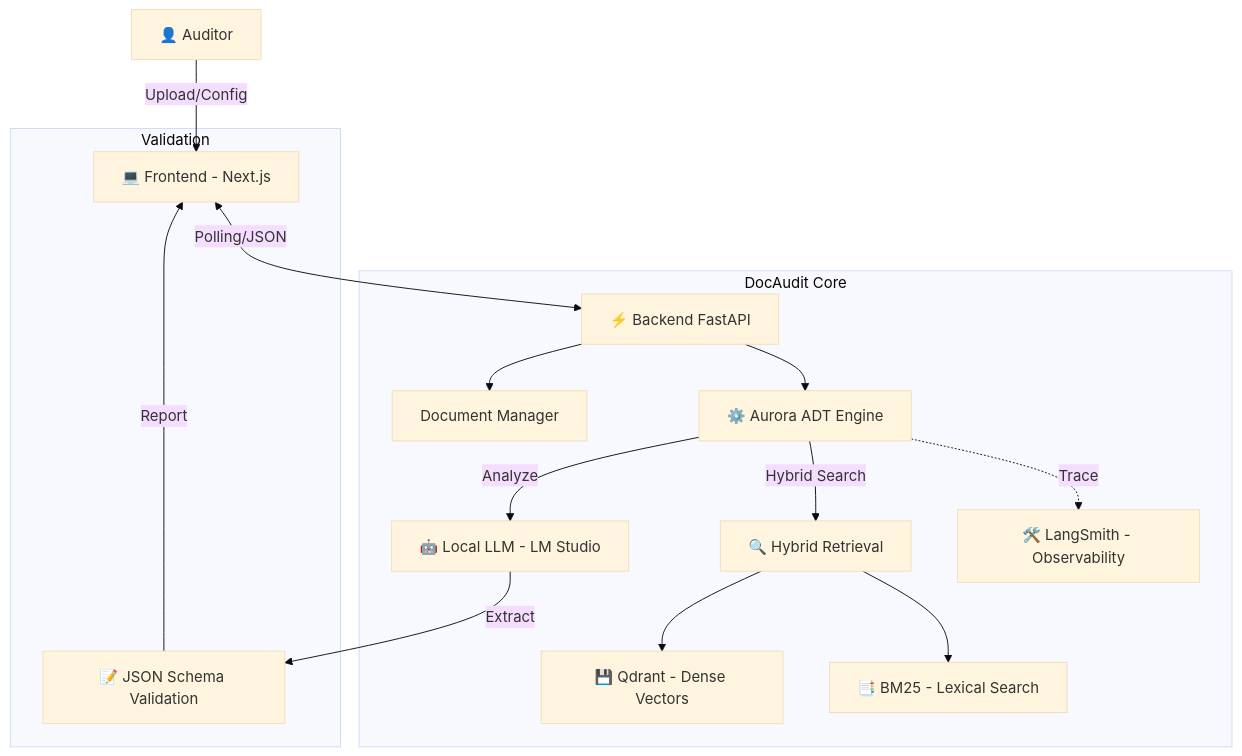
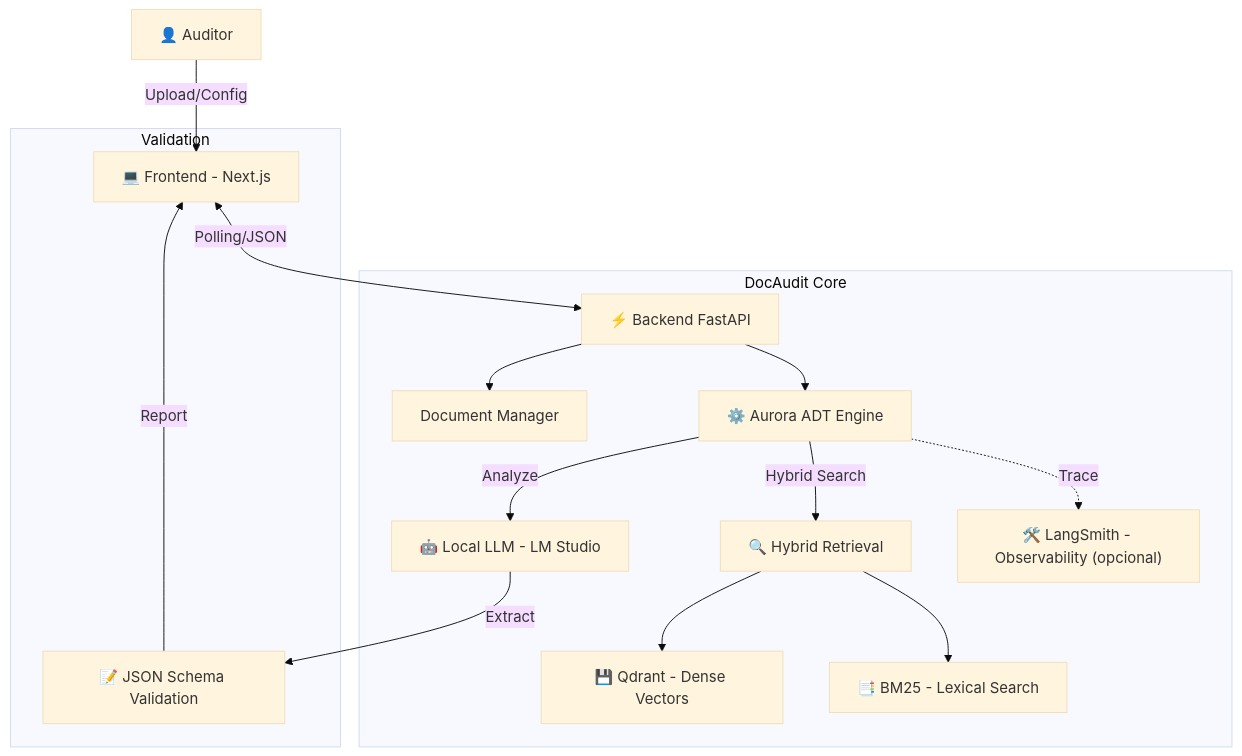
Before and after one commit to ThiagoHenriqueDuarteNeves/docaudit-engine: the diagram in README.md, drawn with Mermaid (base theme). The commit also changed other lines of this file and 4 other files, not shown here.

Commit message:
docs: update README mermaid and stack; save frontend wip

````diff
--- a/README.md
+++ b/README.md
@@ -20,20 +20,20 @@
 ```mermaid
 graph TD
     User["👤 Auditor"] -->|Upload/Config| UI["💻 Frontend - Next.js"]
     UI <-->|Polling/JSON| API["⚡ Backend FastAPI"]
     
-    subgraph DocAudit_Core["DocAudit Core"]
+    subgraph DocAudit_Core [DocAudit Core]
         API --> Manager["Document Manager"]
         API --> ADT["⚙️ Aurora ADT Engine"]
         ADT -->|Hybrid Search| Retrieval["🔍 Hybrid Retrieval"]
         Retrieval --> Qdrant["💾 Qdrant - Dense Vectors"]
         Retrieval --> BM25["📑 BM25 - Lexical Search"]
         ADT -->|Analyze| LLM["🤖 Local LLM - LM Studio"]
-        ADT -.->|Trace| LangSmith["🛠️ LangSmith - Observability"]
+        ADT -.->|Trace| LangSmith["🛠️ LangSmith - Observability (opcional)"]
     end
     
     subgraph Validation
         LLM -->|Extract| Schema["📝 JSON Schema Validation"]
         Schema -->|Report| UI
     end
 ```
````
